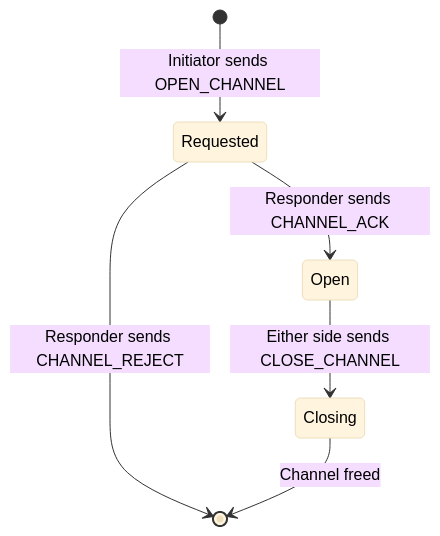
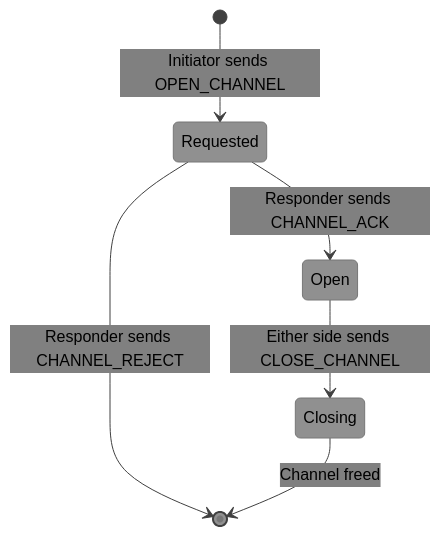
The tenth of 16 diagrams in README.md (deftai/xumux), drawn with Mermaid before and after one commit. The commit also changed other lines of this file, not shown here.

Commit message:
docs: apply grayscale theme to all README mermaid diagrams

````diff
--- a/README.md
+++ b/README.md
@@ -503,9 +503,9 @@
 ```mermaid
-%%{init: {'theme': 'base', 'themeVariables': {'primaryTextColor': '#000', 'lineColor': '#333'}}}%%
+%%{init: {'theme': 'base', 'themeVariables': {'primaryTextColor': '#000000', 'secondaryTextColor': '#000000', 'tertiaryTextColor': '#000000', 'noteTextColor': '#000000', 'primaryColor': '#909090', 'secondaryColor': '#808080', 'tertiaryColor': '#707070', 'lineColor': '#404040', 'stateLabelColor': '#000000', 'compositeBackground': '#a0a0a0'}}}%%
 stateDiagram-v2
     [*] --> Requested: Initiator sends OPEN_CHANNEL
     Requested --> Open: Responder sends CHANNEL_ACK
     Requested --> [*]: Responder sends CHANNEL_REJECT
     Open --> Closing: Either side sends CLOSE_CHANNEL
     Closing --> [*]: Channel freed
 ```
````
